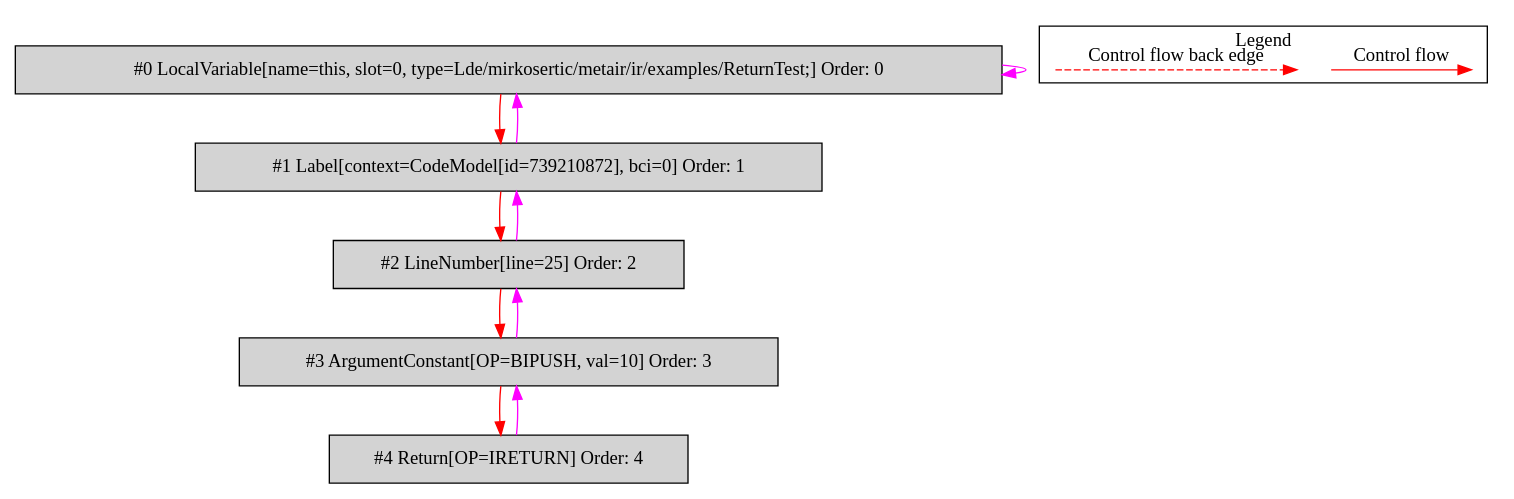
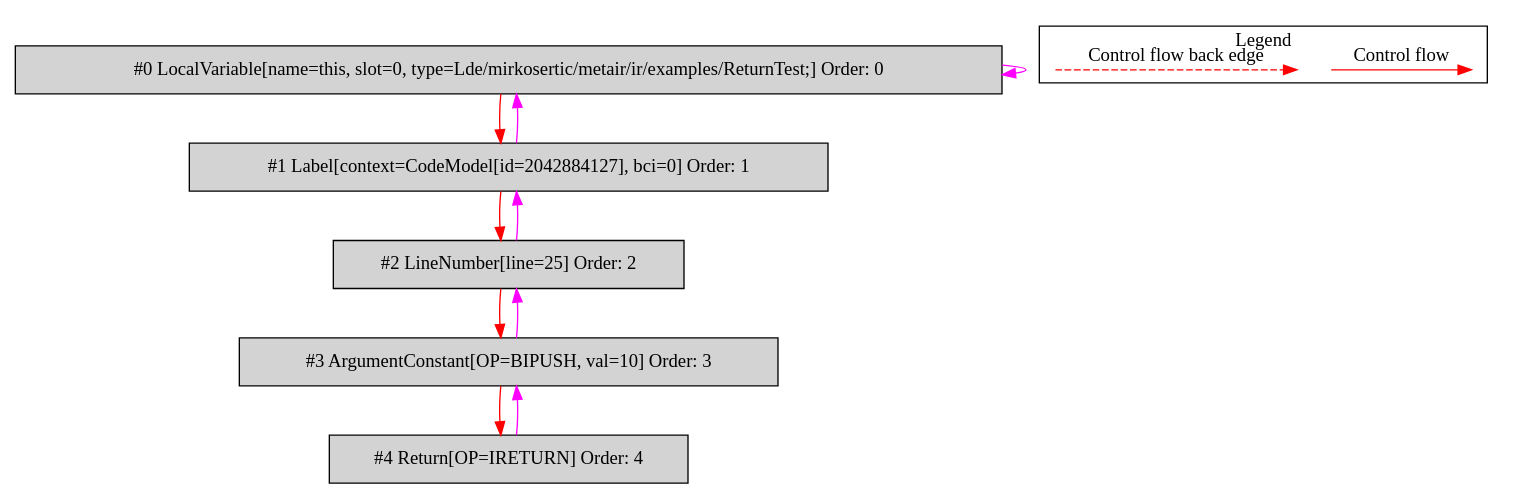
One commit to mirkosertic/MetaIR changed the diagram in de.mirkosertic.metair.ir.examples.ReturnTest/returnInt/bytecodecfg.dot. Above: the diagram before and after it, drawn with Graphviz. The commit also changed 477 other files, not shown here.

```diff
--- a/de.mirkosertic.metair.ir.examples.ReturnTest/returnInt/bytecodecfg.dot
+++ b/de.mirkosertic.metair.ir.examples.ReturnTest/returnInt/bytecodecfg.dot
@@ -1,31 +1,31 @@
 digraph {
  ordering="in";
  node0[label="#0 LocalVariable[name=this, slot=0, type=Lde/mirkosertic/metair/ir/examples/ReturnTest;] Order: 0", shape=box, fillcolor=lightgrey, style=filled];
- node1[label="#1 Label[context=CodeModel[id=739210872], bci=0] Order: 1", shape=box, fillcolor=lightgrey, style=filled];
+ node1[label="#1 Label[context=CodeModel[id=2042884127], bci=0] Order: 1", shape=box, fillcolor=lightgrey, style=filled];
  node2[label="#2 LineNumber[line=25] Order: 2", shape=box, fillcolor=lightgrey, style=filled];
  node3[label="#3 ArgumentConstant[OP=BIPUSH, val=10] Order: 3", shape=box, fillcolor=lightgrey, style=filled];
  node4[label="#4 Return[OP=IRETURN] Order: 4", shape=box, fillcolor=lightgrey, style=filled];
  node0 -> node0[color=fuchsia];
  node0 -> node1[color=red];
  node1 -> node0[color=fuchsia];
  node1 -> node2[color=red];
  node2 -> node1[color=fuchsia];
  node2 -> node3[color=red];
  node3 -> node2[color=fuchsia];
  node3 -> node4[color=red];
  node4 -> node3[color=fuchsia];
  subgraph cluster_000 {
   label = "Legend";
   node [shape=point]
   {
    rank=same;
    c0 [style = invis];
    c1 [style = invis];
    c2 [style = invis];
    c3 [style = invis];
   }
   c0 -> c1 [label="Control flow", style=solid, color=red]
   c2 -> c3 [label="Control flow back edge", style=dashed, color=red]
  }
 
 }
```
